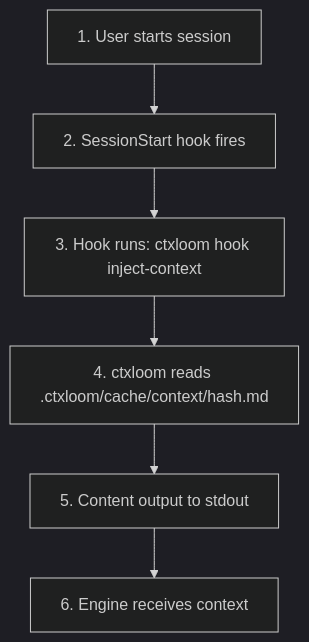
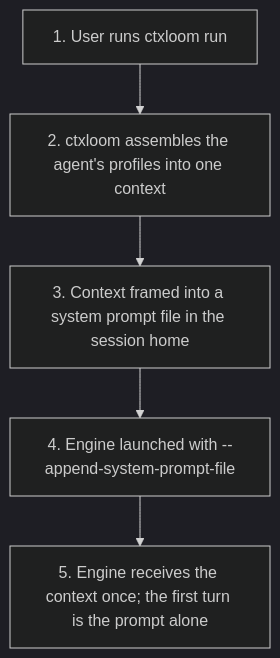
The third of 5 diagrams in website/src/content/docs/concepts/architecture.md (ctxloom/ctxloom), drawn with Mermaid (dark theme) before and after one commit. The commit also changed other lines of this file and 12 other files, not shown here.

First line of the commit message:
docs: onectx — no hook carries the project context; `hook inject-context` is now `hook session-start`

````diff
--- a/website/src/content/docs/concepts/architecture.md
+++ b/website/src/content/docs/concepts/architecture.md
@@ -211,8 +211,7 @@
 ```mermaid
 flowchart TD
-    A["1. User starts session"] --> B["2. SessionStart hook fires"]
-    B --> C["3. Hook runs: ctxloom hook inject-context"]
-    C --> D["4. ctxloom reads .ctxloom/cache/context/hash.md"]
-    D --> E["5. Content output to stdout"]
-    E --> F["6. Engine receives context"]
+    A["1. User runs ctxloom run"] --> B["2. ctxloom assembles the agent's profiles into one context"]
+    B --> C["3. Context framed into a system prompt file in the session home"]
+    C --> D["4. Engine launched with --append-system-prompt-file"]
+    D --> E["5. Engine receives the context once; the first turn is the prompt alone"]
 ```
````
